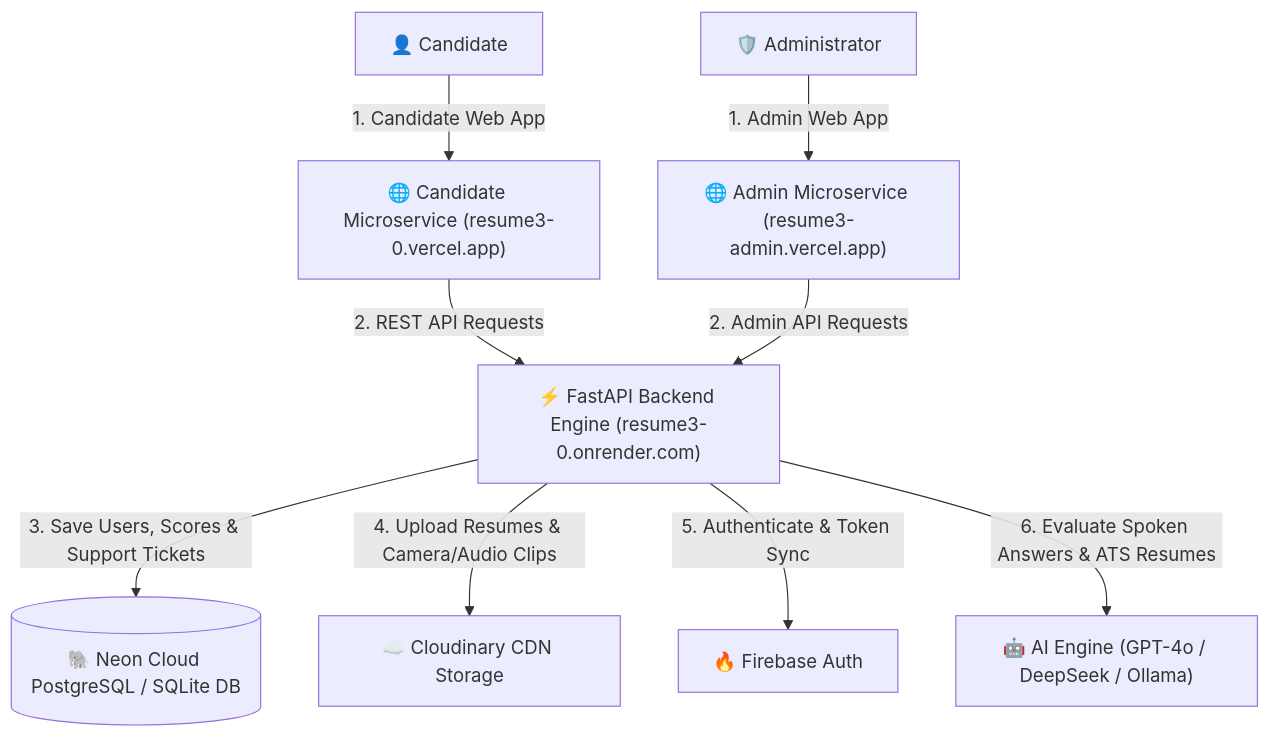
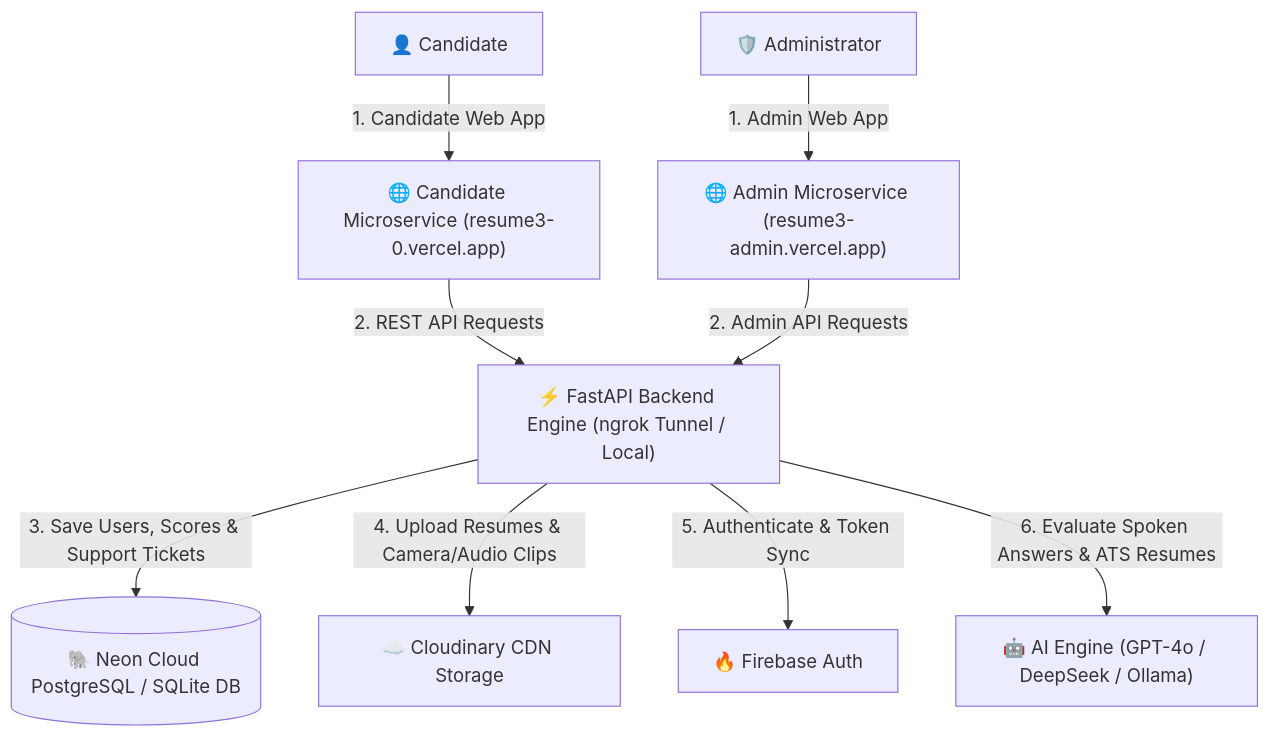
The diagram in PROJECT_OVERVIEW.md (sachinrawat6264384464/resume3.0), drawn with Mermaid before and after one commit. The commit also changed other lines of this file and 10 other files, not shown here.

Commit message:
fix: update local ngrok configuration and clean up frontend server error messages

````diff
--- a/PROJECT_OVERVIEW.md
+++ b/PROJECT_OVERVIEW.md
@@ -28,13 +28,13 @@
 ```mermaid
 graph TD
     CandUser["👤 Candidate"] -->|1. Candidate Web App| CandFE["🌐 Candidate Microservice (resume3-0.vercel.app)"]
     AdminUser["🛡️ Administrator"] -->|1. Admin Web App| AdminFE["🌐 Admin Microservice (resume3-admin.vercel.app)"]
     
-    CandFE -->|2. REST API Requests| API["⚡ FastAPI Backend Engine (resume3-0.onrender.com)"]
+    CandFE -->|2. REST API Requests| API["⚡ FastAPI Backend Engine (ngrok Tunnel / Local)"]
     AdminFE -->|2. Admin API Requests| API
     
     API -->|3. Save Users, Scores & Support Tickets| NeonDB[("🐘 Neon Cloud PostgreSQL / SQLite DB")]
     API -->|4. Upload Resumes & Camera/Audio Clips| Cloudinary["☁️ Cloudinary CDN Storage"]
     API -->|5. Authenticate & Token Sync| Firebase["🔥 Firebase Auth"]
     API -->|6. Evaluate Spoken Answers & ATS Resumes| AIEngine["🤖 AI Engine (GPT-4o / DeepSeek / Ollama)"]
 ```
````
